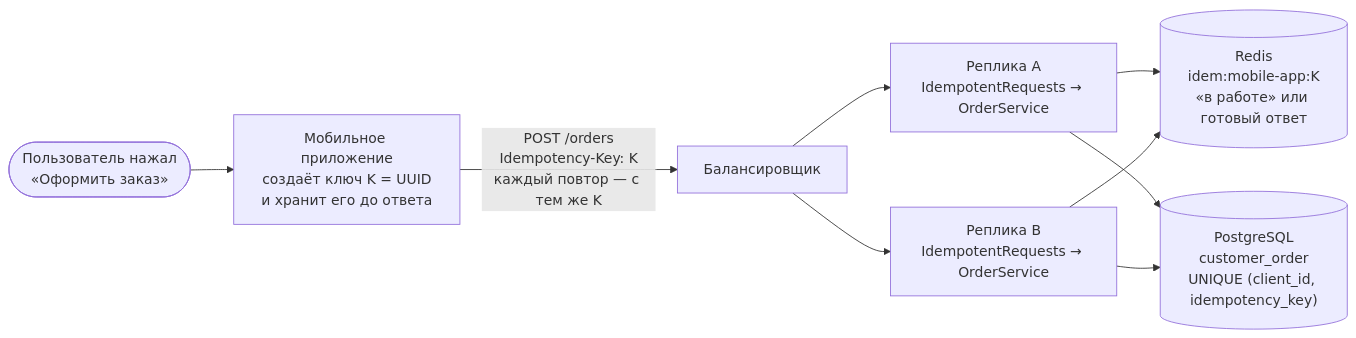
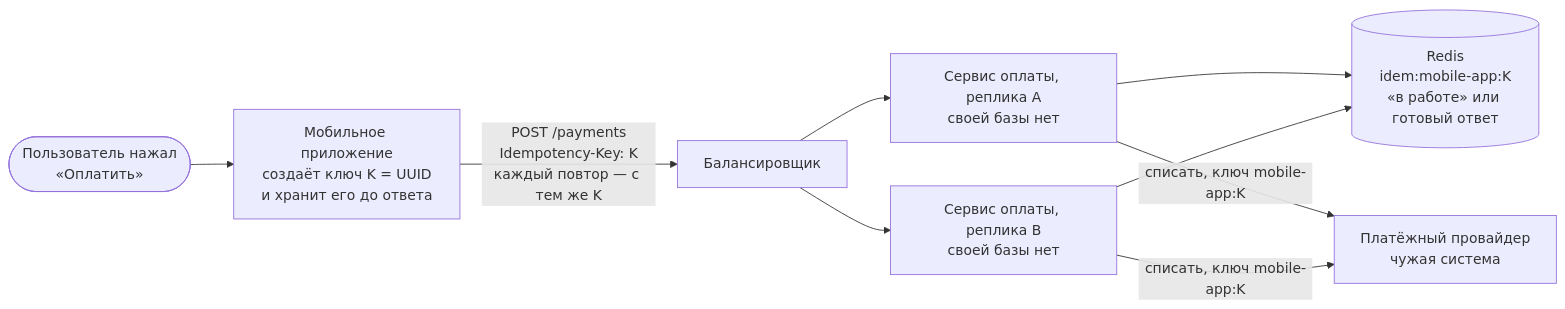
One commit to olaaa/redis-patterns-lab changed the first of 5 diagrams in docs/scenarios/04-idempotency.md. Above: the diagram before and after it, drawn with Mermaid. The commit also changed other lines of this file and 21 other files, not shown here.

````diff
--- a/docs/scenarios/04-idempotency.md
+++ b/docs/scenarios/04-idempotency.md
@@ -16,12 +17,12 @@
 ```mermaid
 flowchart LR
-    U([Пользователь нажал<br/>«Оформить заказ»]) --> C
+    U([Пользователь нажал<br/>«Оплатить»]) --> C
     C["Мобильное приложение<br/>создаёт ключ K = UUID<br/>и хранит его до ответа"]
-    C -->|"POST /orders<br/>Idempotency-Key: K<br/>каждый повтор — с тем же K"| LB[Балансировщик]
-    LB --> A["Реплика A<br/>IdempotentRequests → OrderService"]
-    LB --> B["Реплика B<br/>IdempotentRequests → OrderService"]
+    C -->|"POST /payments<br/>Idempotency-Key: K<br/>каждый повтор — с тем же K"| LB[Балансировщик]
+    LB --> A["Сервис оплаты, реплика A<br/>своей базы нет"]
+    LB --> B["Сервис оплаты, реплика B<br/>своей базы нет"]
     A --> R[("Redis<br/>idem:mobile-app:K<br/>«в работе» или готовый ответ")]
     B --> R
-    A --> P[("PostgreSQL<br/>customer_order<br/>UNIQUE (client_id, idempotency_key)")]
-    B --> P
+    A -->|"списать, ключ mobile-app:K"| X["Платёжный провайдер<br/>чужая система"]
+    B -->|"списать, ключ mobile-app:K"| X
 ```
````
